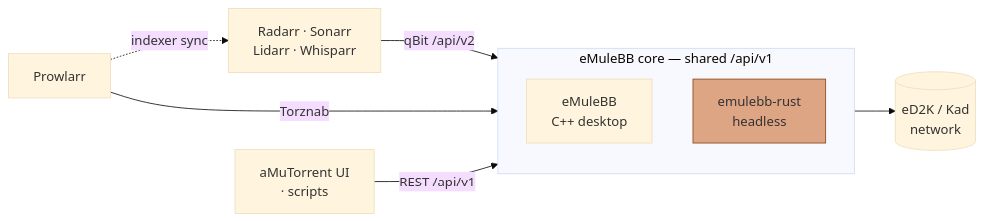
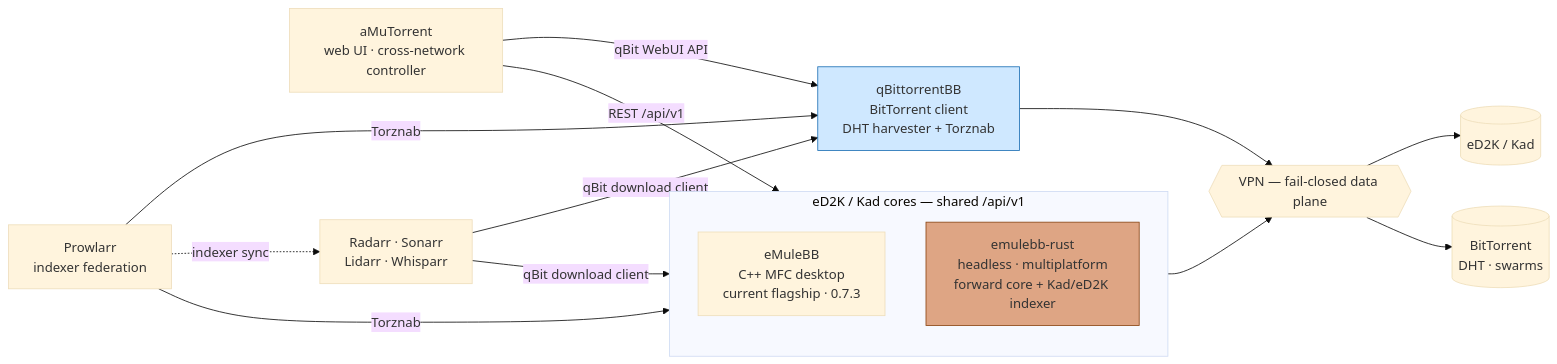
Before and after one commit to emulebb/.github: the diagram in profile/README.md, drawn with Mermaid (base theme). The commit also changed other lines of this file, not shown here.

Commit message:
readme: target suite architecture mermaid with qBittorrentBB + clear MFC/rust split
Show the full target architecture: eMuleBB (C++ MFC, current flagship) and
emulebb-rust (headless multiplatform forward core + Kad/eD2K indexer) as the two
eD2K/Kad cores behind shared /api/v1, qBittorrentBB as the BitTorrent companion
(DHT harvester + Torznab), aMuTorrent as the cross-network controller, Prowlarr +
Arr federating search/grab across both networks, all data-plane traffic over a
fail-closed VPN tunnel.

````diff
--- a/profile/README.md
+++ b/profile/README.md
@@ -46,22 +57,34 @@
 ```mermaid
 flowchart LR
-    Amu["aMuTorrent UI<br/>· scripts"]
-    Prowlarr["Prowlarr"]
+    Amu["aMuTorrent<br/>web UI · cross-network controller"]
+    Prowlarr["Prowlarr<br/>indexer federation"]
     Arr["Radarr · Sonarr<br/>Lidarr · Whisparr"]
 
-    subgraph Core["eMuleBB core — shared /api/v1"]
+    subgraph Cores["eD2K / Kad cores — shared /api/v1"]
         direction TB
-        Cpp["eMuleBB<br/>C++ desktop"]
-        Rust["emulebb-rust<br/>headless"]
+        Cpp["eMuleBB<br/>C++ MFC desktop<br/>current flagship · 0.7.3"]
+        Rust["emulebb-rust<br/>headless · multiplatform<br/>forward core + Kad/eD2K indexer"]
     end
 
-    Net[("eD2K / Kad<br/>network")]
+    Qbbb["qBittorrentBB<br/>BitTorrent client<br/>DHT harvester + Torznab"]
 
-    Amu -->|"REST /api/v1"| Core
-    Arr -->|"qBit /api/v2"| Cpp
-    Prowlarr -->|"Torznab"| Cpp
+    Ed2k[("eD2K / Kad")]
+    Bt[("BitTorrent<br/>DHT · swarms")]
+    Vpn{{"VPN — fail-closed data plane"}}
+
+    Amu -->|"REST /api/v1"| Cores
+    Amu -->|"qBit WebUI API"| Qbbb
+    Arr -->|"qBit download client"| Cores
+    Arr -->|"qBit download client"| Qbbb
+    Prowlarr -->|"Torznab"| Cores
+    Prowlarr -->|"Torznab"| Qbbb
     Prowlarr -. indexer sync .-> Arr
-    Core --> Net
+
+    Cores --> Vpn
+    Qbbb --> Vpn
+    Vpn --> Ed2k
+    Vpn --> Bt
 
     style Rust fill:#dea584,stroke:#8b4513
+    style Qbbb fill:#cfe8ff,stroke:#1c6fb4
 ```
````
